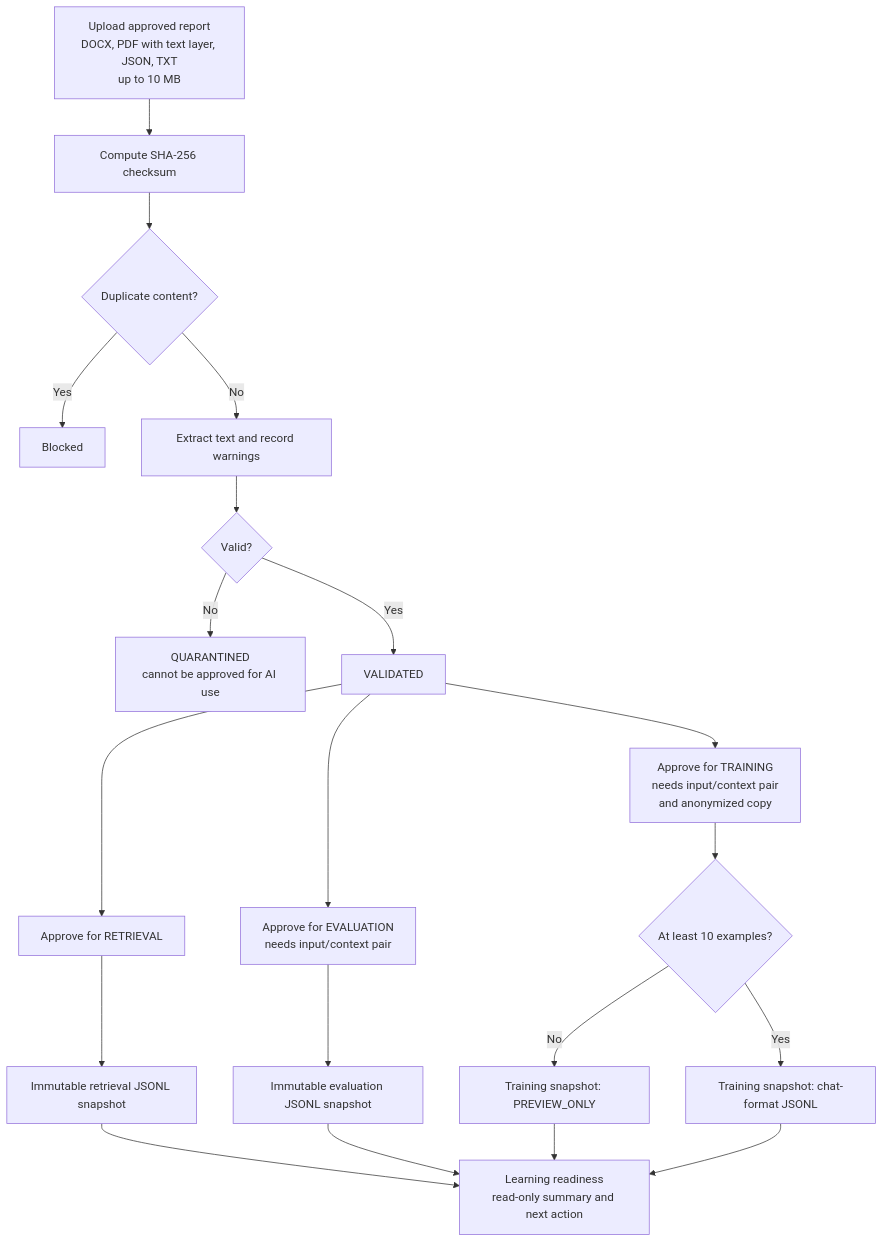
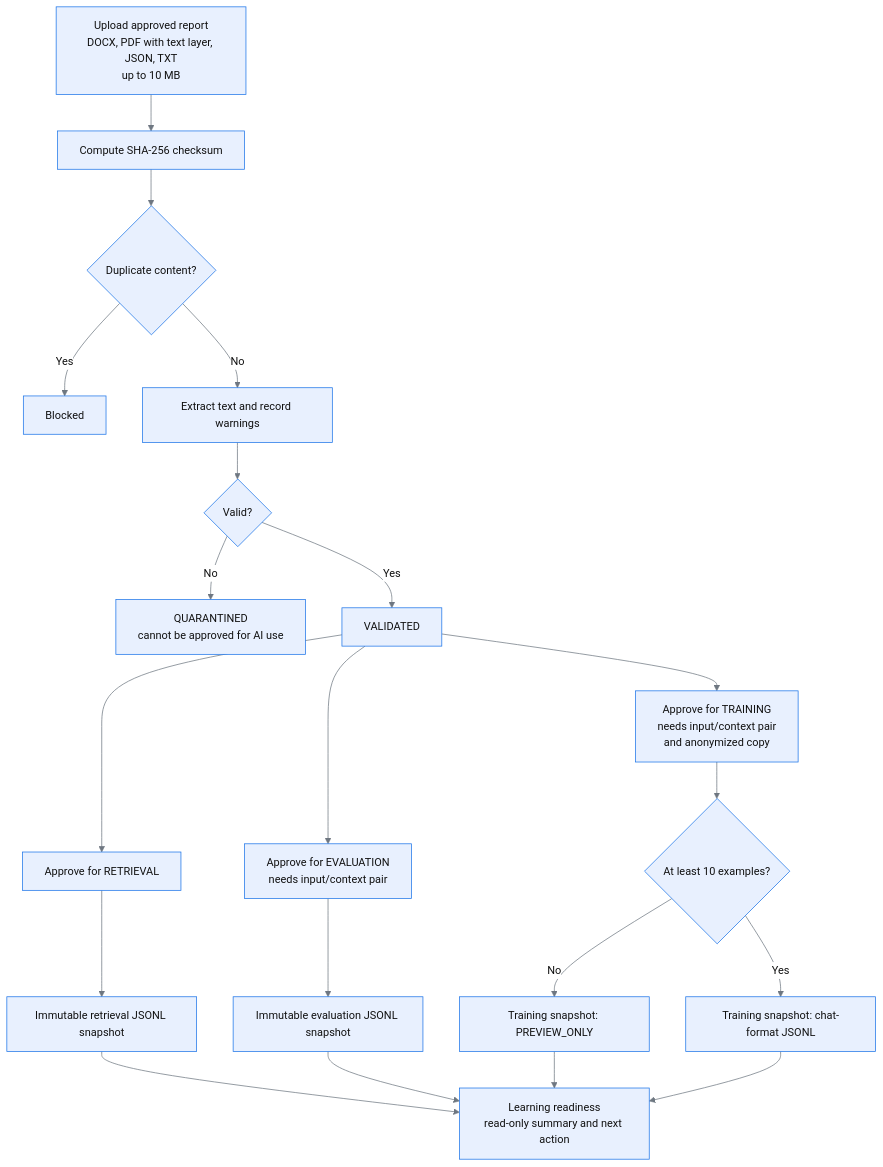
The third of 3 diagrams in README.md (NguyenLong-scc/audit-automation-pipeline), drawn with Mermaid before and after one commit. The commit also changed other lines of this file, not shown here.

Commit message:
Update mermaid diagrams in README

````diff
--- a/README.md
+++ b/README.md
@@ -66,22 +68,23 @@
 ```mermaid
+%%{init: {'theme':'base','themeVariables':{'primaryColor':'#e8f0fe','primaryTextColor':'#111111','primaryBorderColor':'#1a73e8','lineColor':'#6e7781','textColor':'#111111','edgeLabelBackground':'#ffffff','tertiaryColor':'#ffffff','fontSize':'15px'}}}%%
 flowchart TD
     U["Upload approved report<br/>DOCX, PDF with text layer, JSON, TXT<br/>up to 10 MB"] --> H["Compute SHA-256 checksum"]
     H --> D{"Duplicate content?"}
     D -->|"Yes"| X1["Blocked"]
     D -->|"No"| T["Extract text and record warnings"]
     T --> V{"Valid?"}
     V -->|"No"| Q["QUARANTINED<br/>cannot be approved for AI use"]
     V -->|"Yes"| OK["VALIDATED"]
     OK --> A1["Approve for RETRIEVAL"]
     OK --> A2["Approve for EVALUATION<br/>needs input/context pair"]
     OK --> A3["Approve for TRAINING<br/>needs input/context pair<br/>and anonymized copy"]
     A1 --> E1["Immutable retrieval JSONL snapshot"]
     A2 --> E2["Immutable evaluation JSONL snapshot"]
     A3 --> N{"At least 10 examples?"}
     N -->|"No"| E3["Training snapshot: PREVIEW_ONLY"]
     N -->|"Yes"| E4["Training snapshot: chat-format JSONL"]
     E1 --> R["Learning readiness<br/>read-only summary and next action"]
     E2 --> R
     E3 --> R
     E4 --> R
 ```
````
